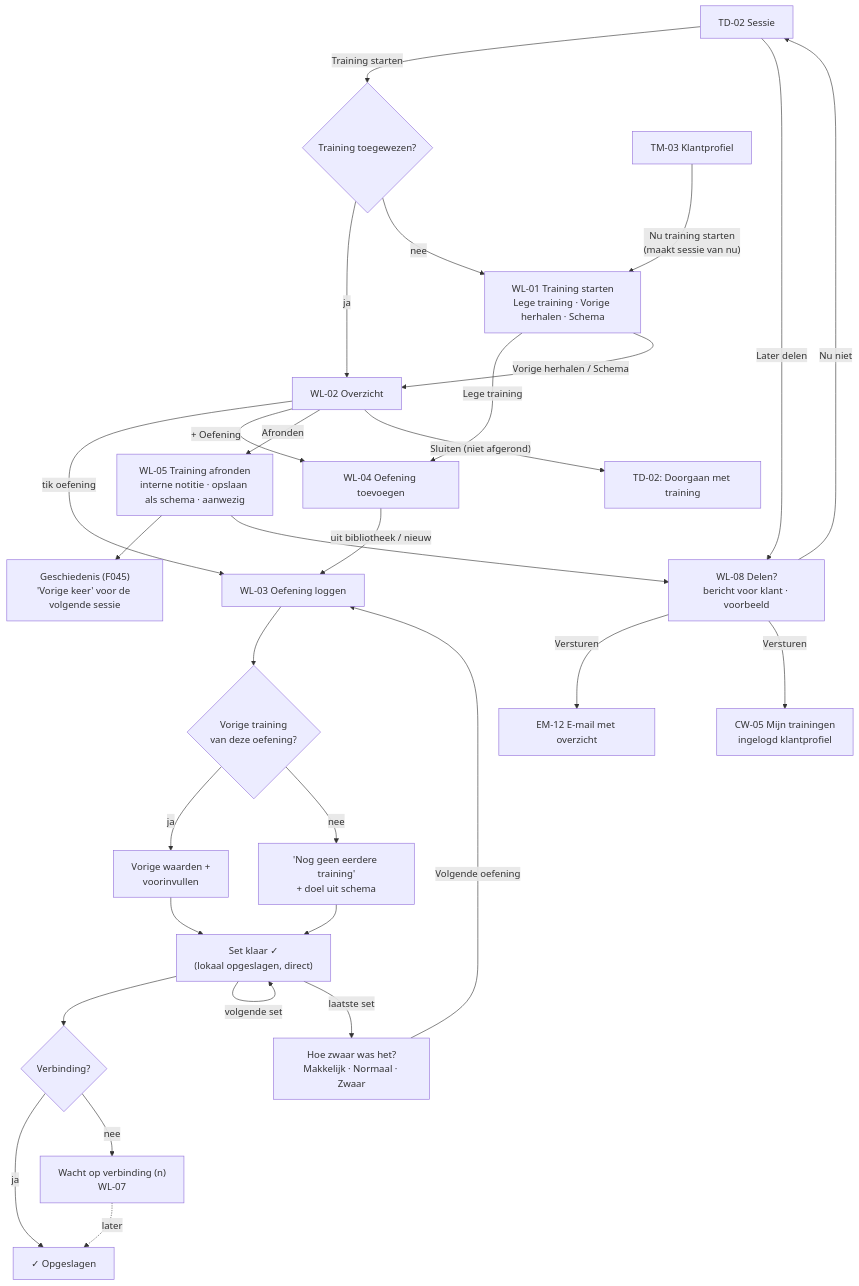
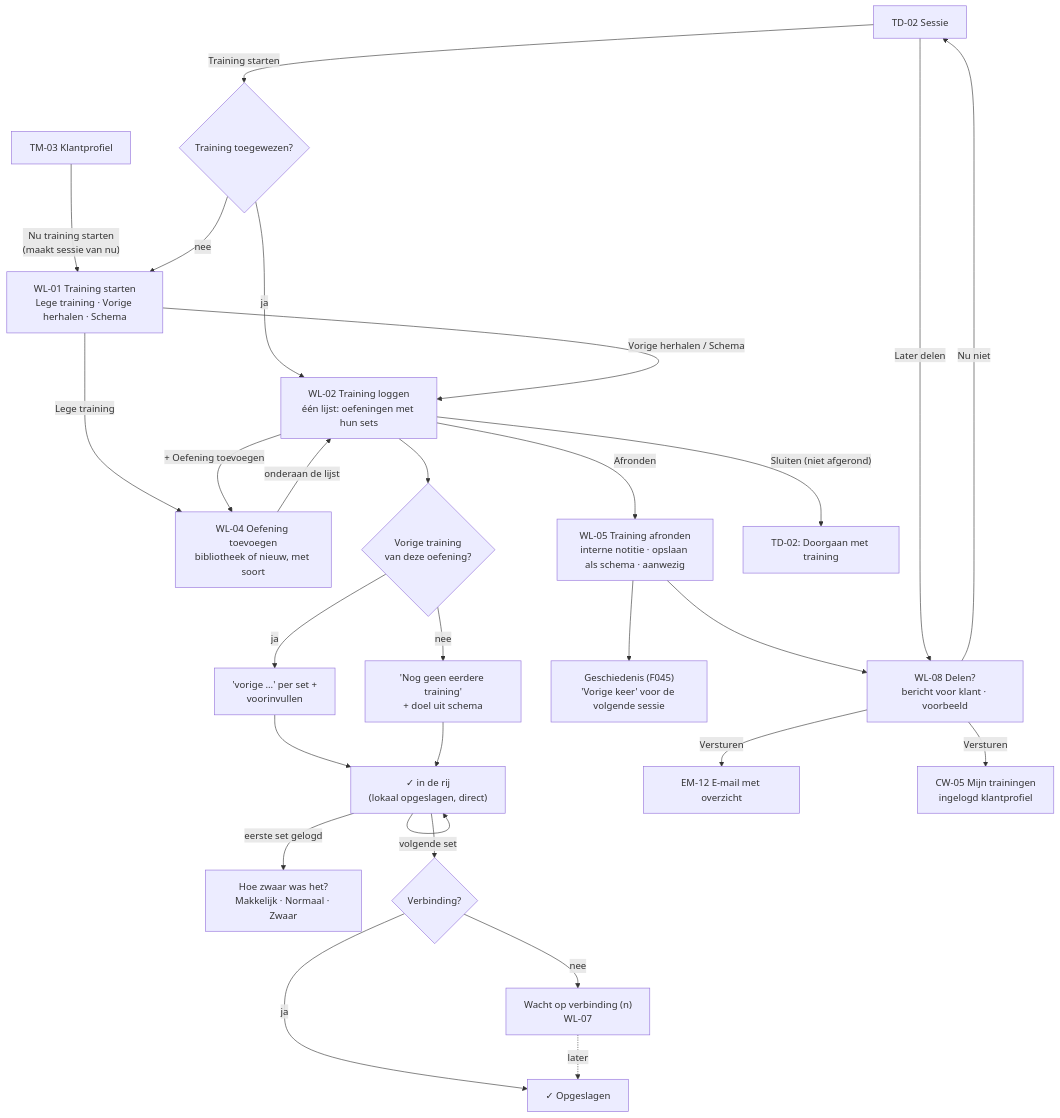
One commit to fivvi-app/fivvi changed the diagram in docs/design/flows/05-live-workout-logging.md. Above: the diagram before and after it, drawn with Mermaid. The commit also changed other lines of this file and 8 other files, not shown here.

````diff
--- a/docs/design/flows/05-live-workout-logging.md
+++ b/docs/design/flows/05-live-workout-logging.md
@@ -33,31 +35,29 @@
 ```mermaid
 flowchart TD
   td02["TD-02 Sessie"] -- "Training starten" --> hasw{"Training toegewezen?"}
   tm03["TM-03 Klantprofiel"] -- "Nu training starten<br/>(maakt sessie van nu)" --> wl01
   hasw -- "ja" --> wl02
   hasw -- "nee" --> wl01["WL-01 Training starten<br/>Lege training · Vorige herhalen · Schema"]
   wl01 -- "Lege training" --> wl04
-  wl01 -- "Vorige herhalen / Schema" --> wl02["WL-02 Overzicht"]
-  wl02 -- "tik oefening" --> wl03["WL-03 Oefening loggen"]
-  wl02 -- "+ Oefening" --> wl04["WL-04 Oefening toevoegen"]
-  wl04 -- "uit bibliotheek / nieuw" --> wl03
-  wl03 --> prev{"Vorige training<br/>van deze oefening?"}
-  prev -- "ja" --> showprev["Vorige waarden +<br/>voorinvullen"]
+  wl01 -- "Vorige herhalen / Schema" --> wl02["WL-02 Training loggen<br/>één lijst: oefeningen met hun sets"]
+  wl02 -- "+ Oefening toevoegen" --> wl04["WL-04 Oefening toevoegen<br/>bibliotheek of nieuw, met soort"]
+  wl04 -- "onderaan de lijst" --> wl02
+  wl02 --> prev{"Vorige training<br/>van deze oefening?"}
+  prev -- "ja" --> showprev["'vorige …' per set +<br/>voorinvullen"]
   prev -- "nee" --> showtarget["'Nog geen eerdere training'<br/>+ doel uit schema"]
-  showprev --> log["Set klaar ✓<br/>(lokaal opgeslagen, direct)"]
+  showprev --> log["✓ in de rij<br/>(lokaal opgeslagen, direct)"]
   showtarget --> log
   log --> sync{"Verbinding?"}
   sync -- "ja" --> synced["✓ Opgeslagen"]
   sync -- "nee" --> queued["Wacht op verbinding (n)<br/>WL-07"] -. "later" .-> synced
   log -- "volgende set" --> log
-  log -- "laatste set" --> diff["Hoe zwaar was het?<br/>Makkelijk · Normaal · Zwaar"]
-  diff -- "Volgende oefening" --> wl03
+  log -- "eerste set gelogd" --> diff["Hoe zwaar was het?<br/>Makkelijk · Normaal · Zwaar"]
   wl02 -- "Afronden" --> wl05["WL-05 Training afronden<br/>interne notitie · opslaan als schema · aanwezig"]
   wl05 --> hist["Geschiedenis (F045)<br/>'Vorige keer' voor de volgende sessie"]
   wl05 --> wl08["WL-08 Delen?<br/>bericht voor klant · voorbeeld"]
   wl08 -- "Nu niet" --> td02
   td02 -- "Later delen" --> wl08
   wl08 -- "Versturen" --> em12["EM-12 E-mail met overzicht"]
   wl08 -- "Versturen" --> cw05["CW-05 Mijn trainingen<br/>ingelogd klantprofiel"]
   wl02 -- "Sluiten (niet afgerond)" --> td02b["TD-02: Doorgaan met training"]
 ```
````
